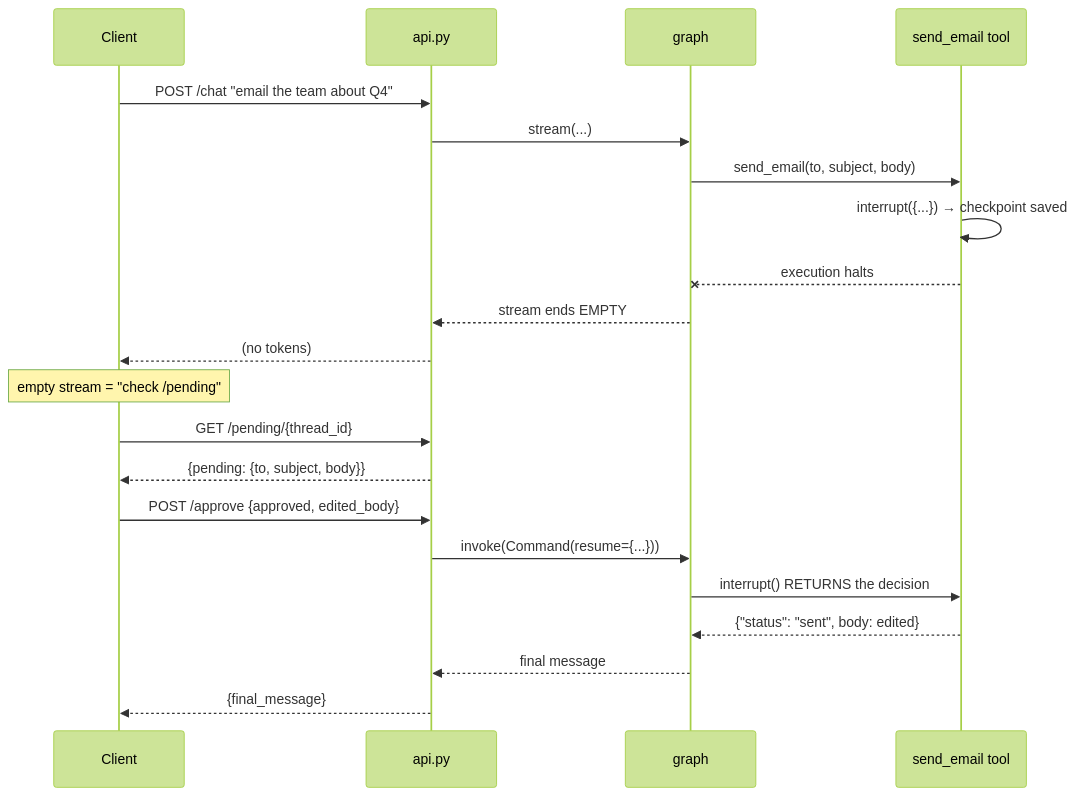
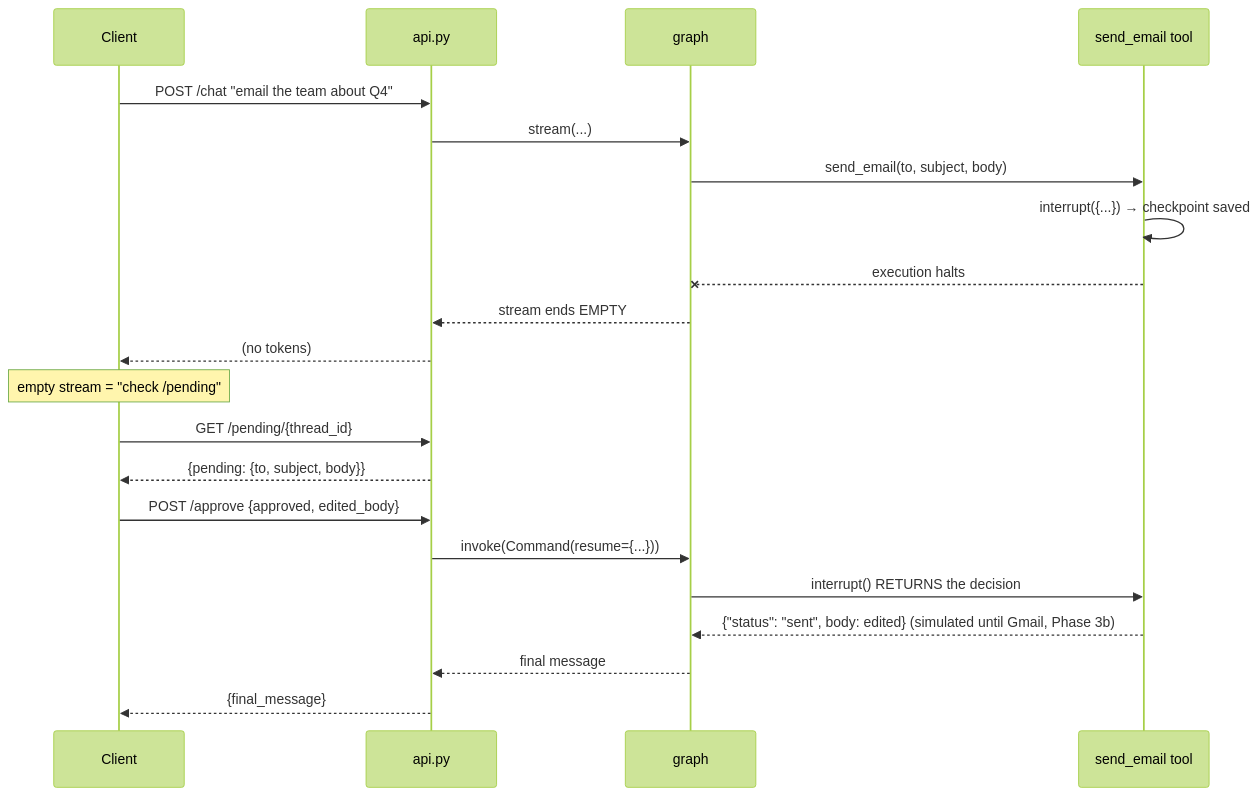
One commit to Aakif9866/Agentic-AI changed the third of 4 diagrams in Module 10 - Project - Build Your Own ChatGPT Agent/ARCHITECTURE.md. Above: the diagram before and after it, drawn with Mermaid (forest theme). The commit also changed other lines of this file and 3 other files, not shown here.

First line of the commit message:
Module 10 docs: bring README, HOW_IT_WORKS, ARCHITECTURE, V2_PLAN up to v2

````diff
--- a/Module 10 - Project - Build Your Own ChatGPT Agent/ARCHITECTURE.md
+++ b/Module 10 - Project - Build Your Own ChatGPT Agent/ARCHITECTURE.md
@@ -97,24 +97,24 @@
 ```mermaid
 sequenceDiagram
     participant C as Client
     participant A as api.py
     participant G as graph
     participant T as send_email tool
 
     C->>A: POST /chat "email the team about Q4"
     A->>G: stream(...)
     G->>T: send_email(to, subject, body)
     T->>T: interrupt({...}) → checkpoint saved
     T--xG: execution halts
     G-->>A: stream ends EMPTY
     A-->>C: (no tokens)
     Note over C: empty stream = "check /pending"
     C->>A: GET /pending/{thread_id}
     A-->>C: {pending: {to, subject, body}}
     C->>A: POST /approve {approved, edited_body}
     A->>G: invoke(Command(resume={...}))
     G->>T: interrupt() RETURNS the decision
-    T-->>G: {"status": "sent", body: edited}
+    T-->>G: {"status": "sent", body: edited} (simulated until Gmail, Phase 3b)
     G-->>A: final message
     A-->>C: {final_message}
 ```
````
